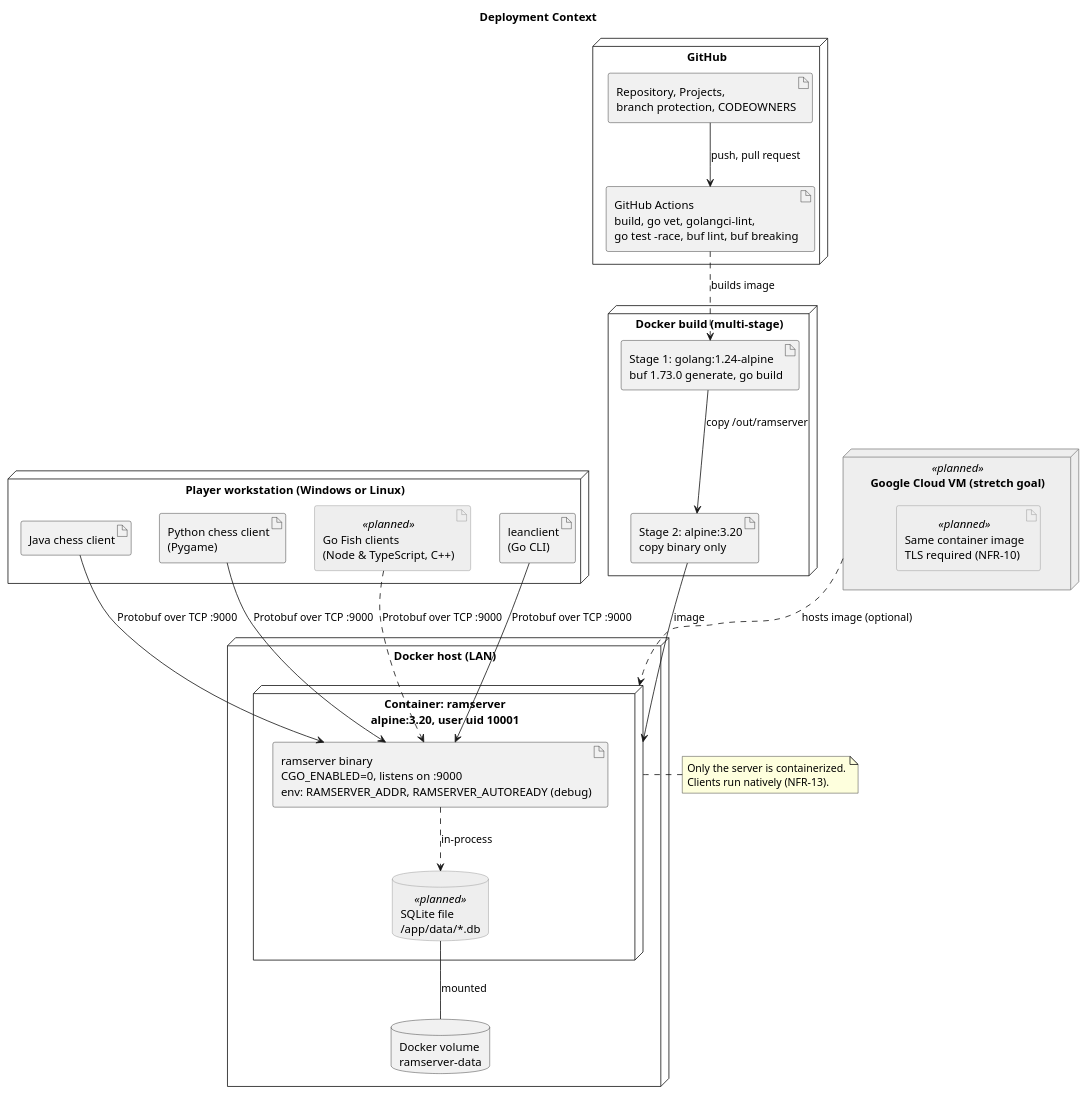
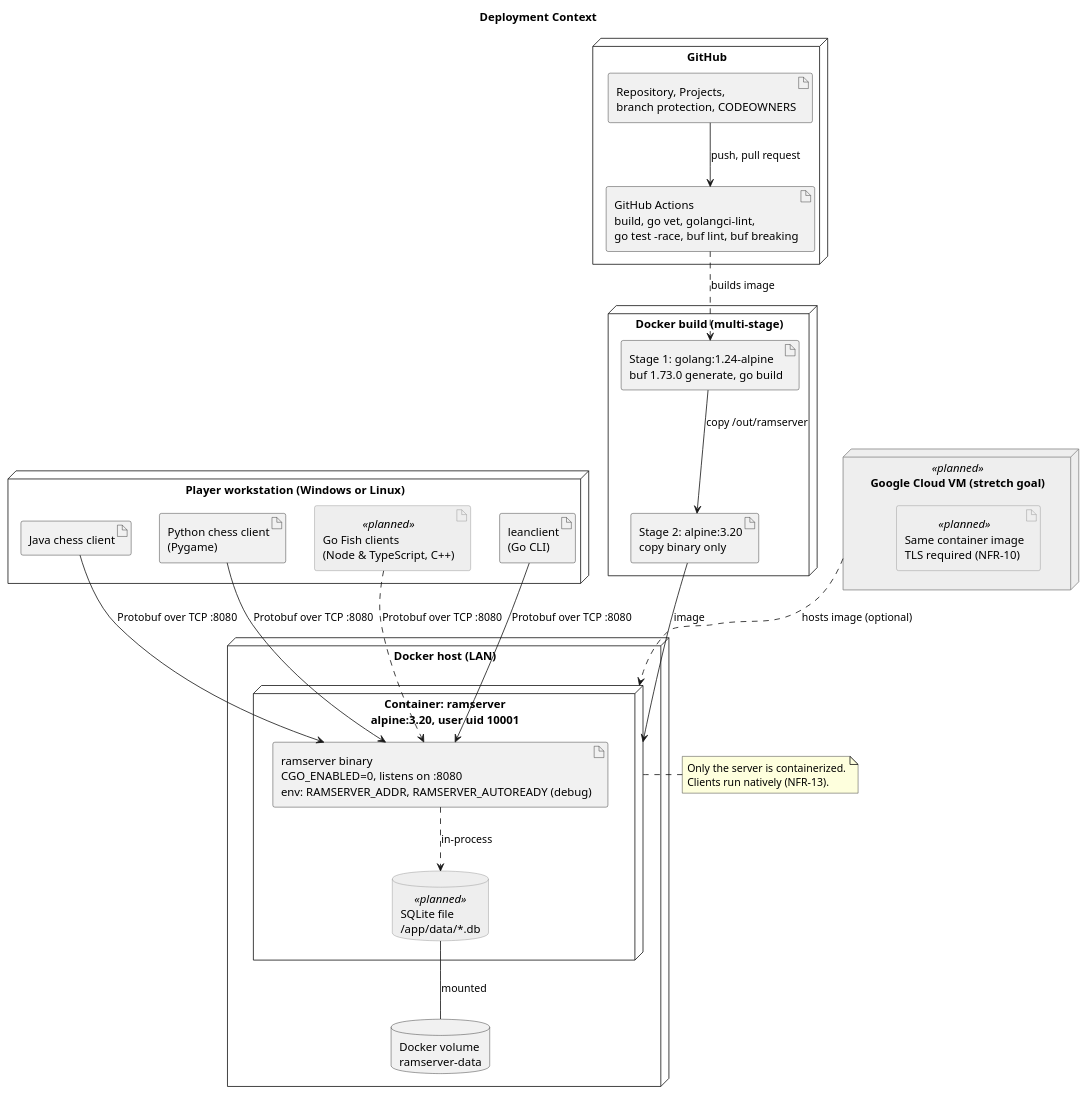
Before and after one commit to stevenlagoy/RAMServer-Core: the diagram in docs/diagrams/02_deployment.puml, drawn with PlantUML. The commit also changed 31 other files, not shown here.

```diff
--- a/docs/diagrams/02_deployment.puml
+++ b/docs/diagrams/02_deployment.puml
@@ -1,61 +1,61 @@
 @startuml 02_deployment
 title Deployment Context
 skinparam shadowing false
 skinparam node<<planned>> {
   BackgroundColor #EEEEEE
   BorderColor #888888
 }
 skinparam artifact<<planned>> {
   BackgroundColor #EEEEEE
   BorderColor #888888
 }
 skinparam database<<planned>> {
   BackgroundColor #EEEEEE
   BorderColor #888888
 }
 
 node "Player workstation (Windows or Linux)" as WS {
   artifact "Java chess client" as JC
   artifact "Python chess client\n(Pygame)" as PC
   artifact "Go Fish clients\n(Node & TypeScript, C++)" as GF <<planned>>
   artifact "leanclient\n(Go CLI)" as LC
 }
 
 node "Docker host (LAN)" as DH {
   node "Container: ramserver\nalpine:3.20, user uid 10001" as CT {
-    artifact "ramserver binary\nCGO_ENABLED=0, listens on :9000\nenv: RAMSERVER_ADDR, RAMSERVER_AUTOREADY (debug)" as BIN
+    artifact "ramserver binary\nCGO_ENABLED=0, listens on :8080\nenv: RAMSERVER_ADDR, RAMSERVER_AUTOREADY (debug)" as BIN
     database "SQLite file\n/app/data/*.db" as DB <<planned>>
   }
   database "Docker volume\nramserver-data" as VOL
 }
 
 node "Docker build (multi-stage)" as BLD {
   artifact "Stage 1: golang:1.24-alpine\nbuf 1.73.0 generate, go build" as S1
   artifact "Stage 2: alpine:3.20\ncopy binary only" as S2
 }
 
 node "GitHub" as GH {
   artifact "GitHub Actions\nbuild, go vet, golangci-lint,\ngo test -race, buf lint, buf breaking" as CI
   artifact "Repository, Projects,\nbranch protection, CODEOWNERS" as REPO
 }
 
 node "Google Cloud VM (stretch goal)" as GCP <<planned>> {
   artifact "Same container image\nTLS required (NFR-10)" as GIMG <<planned>>
 }
 
-JC --> BIN : Protobuf over TCP :9000
-PC --> BIN : Protobuf over TCP :9000
-GF ..> BIN : Protobuf over TCP :9000
-LC --> BIN : Protobuf over TCP :9000
+JC --> BIN : Protobuf over TCP :8080
+PC --> BIN : Protobuf over TCP :8080
+GF ..> BIN : Protobuf over TCP :8080
+LC --> BIN : Protobuf over TCP :8080
 BIN ..> DB : in-process
 DB -- VOL : mounted
 S1 --> S2 : copy /out/ramserver
 S2 --> CT : image
 REPO --> CI : push, pull request
 CI ..> S1 : builds image
 GCP ..> CT : hosts image (optional)
 note right of CT
   Only the server is containerized.
   Clients run natively (NFR-13).
 end note
 @enduml
```
